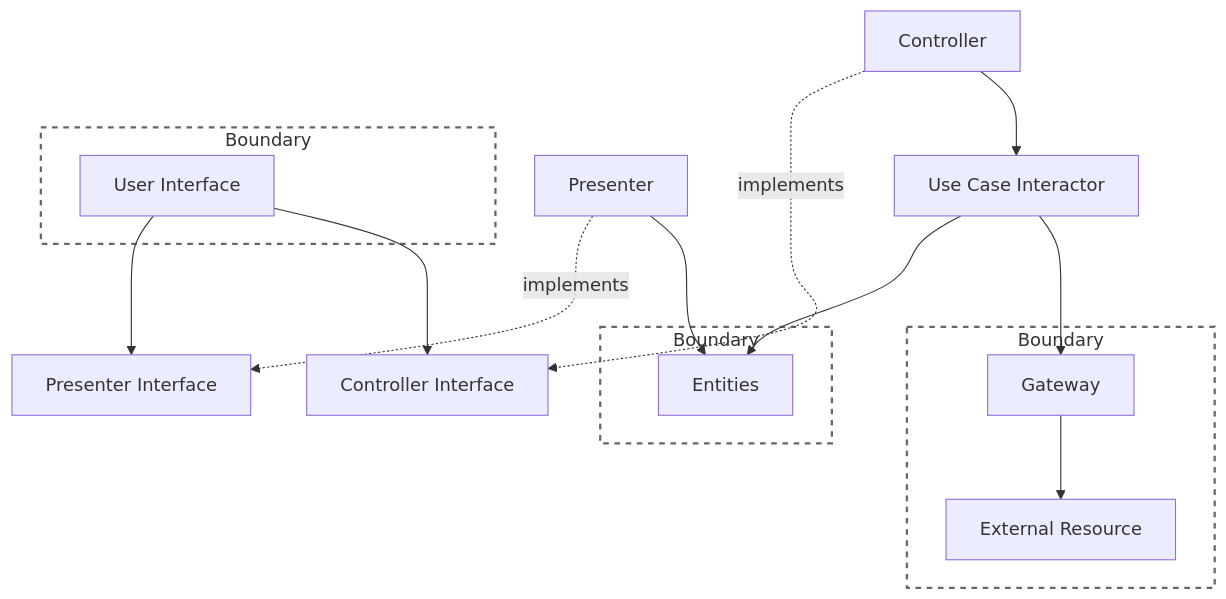
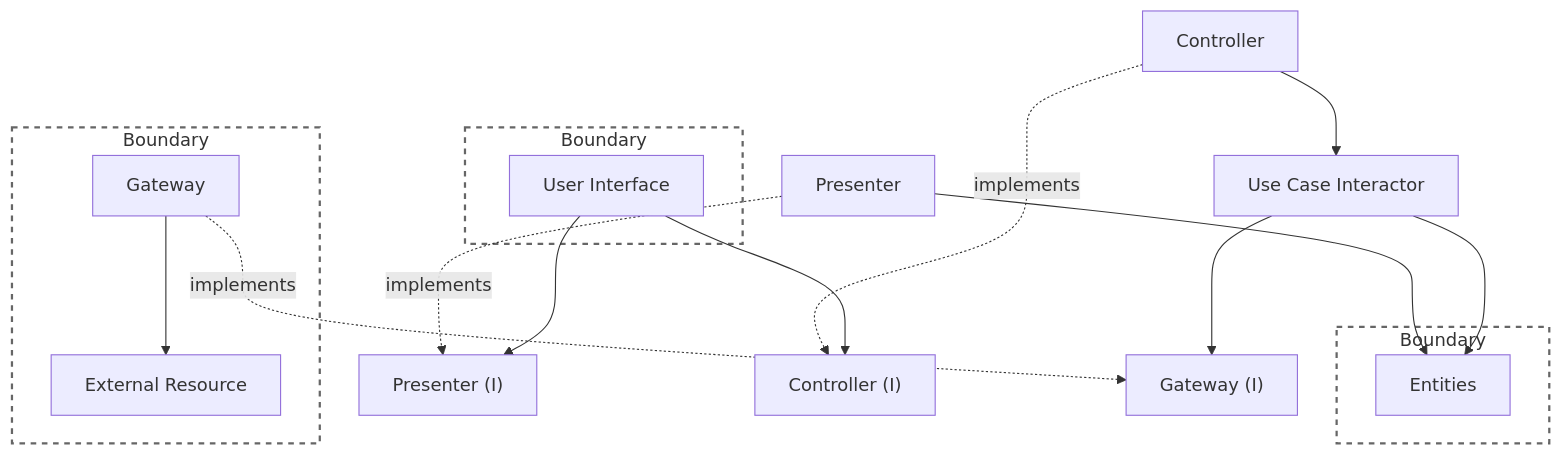
The first of 16 diagrams in docs/architecture.md (clean-reactive/documentation), drawn with Mermaid before and after one commit. The commit also changed other lines of this file, not shown here.

Commit message:
Architecture: add classic UML CA mermaid

````diff
--- a/docs/architecture.md
+++ b/docs/architecture.md
@@ -24,41 +24,40 @@
 ```mermaid
-  graph TD
+graph TD
 
 subgraph B1["Boundary"]
 G[Gateway]
 ER[External Resource]
 end
 
-
 subgraph B2["Boundary"]
 UI[User Interface]
 end
-
 
 subgraph B3["Boundary"]
 E[Entities]
 end
 
-
 P[Presenter]
 C[Controller]
-PI[Presenter Interface]
-CI[Controller Interface]
+PI["Presenter (I)"]
+CI["Controller (I)"]
+GI["Gateway (I)"]
 UC[Use Case Interactor]
 
 %% implementation relation
 P -. implements .-> PI
 C -. implements .-> CI
+G -. implements .-> GI
 
 %% dependency relation
 UI --> PI
 UI --> CI
 C --> UC
 P --> E
 UC --> E
-UC --> G
+UC --> GI
 G --> ER
 
 classDef boundary fill:none,stroke:#666,stroke-width:2px,stroke-dasharray: 5 5;
 class B1,B2,B3 boundary;
 ```
````
